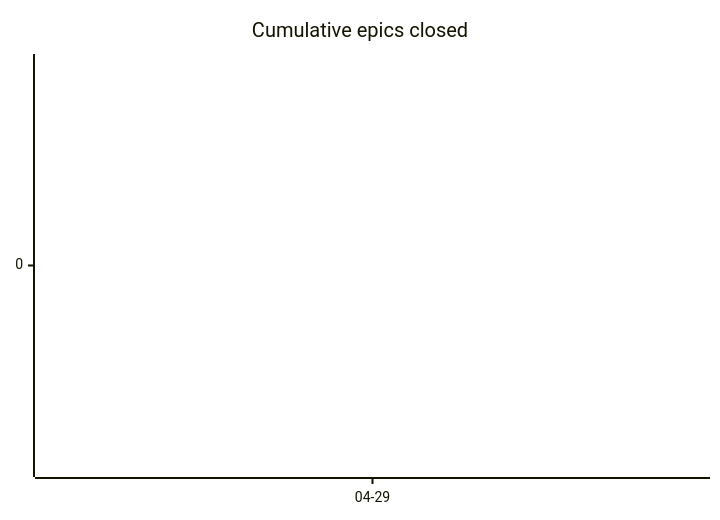
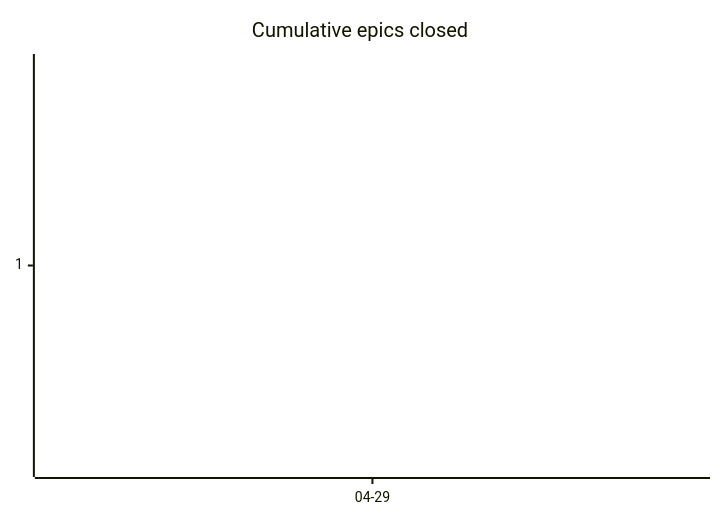
The second of 3 diagrams in docs/developers/tasks/OVERVIEW.md (tgd1975/AwesomeStudioPedal), drawn with Mermaid before and after one commit. The commit also changed other lines of this file and 8 other files, not shown here.

````diff
--- a/docs/developers/tasks/OVERVIEW.md
+++ b/docs/developers/tasks/OVERVIEW.md
@@ -29,6 +29,6 @@
 ```mermaid
 xychart-beta
     title "Cumulative epics closed"
     x-axis ["04-29"]
-    line [0]
+    line [1]
 ```
````
